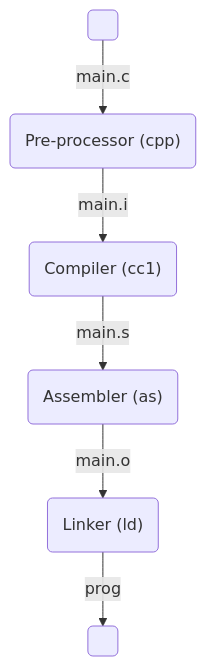
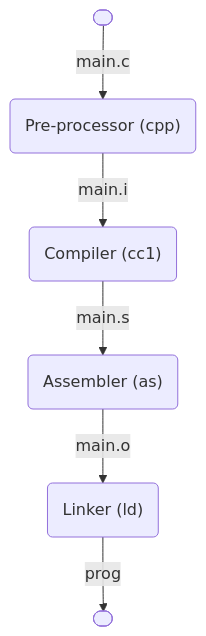
Before and after one commit to injecTerminal/termux_DEVENV: the diagram in Compilation/README.md, drawn with Mermaid. The commit also changed other lines of this file, not shown here.

Commit message:
modifly readme 'nd

````diff
--- a/Compilation/README.md
+++ b/Compilation/README.md
@@ -4,11 +4,11 @@
 ```mermaid
 
 flowchart TB
 
-	O( ) -- main.c -->A("Pre-processor (cpp)");
+	O([ ]) -- main.c -->A("Pre-processor (cpp)");
 	A -- main.i --> B(" Compiler (cc1)");
 	B -- main.s --> C(" Assembler (as)");
 	C -- main.o --> D(" Linker (ld)");
-	D -- prog --> P( );
+	D -- prog --> P([ ]);
 
 ```
````
